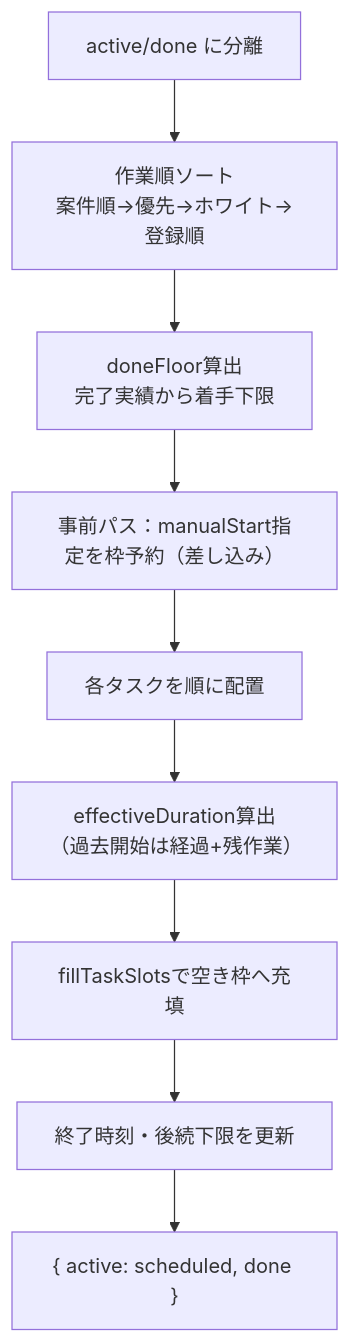
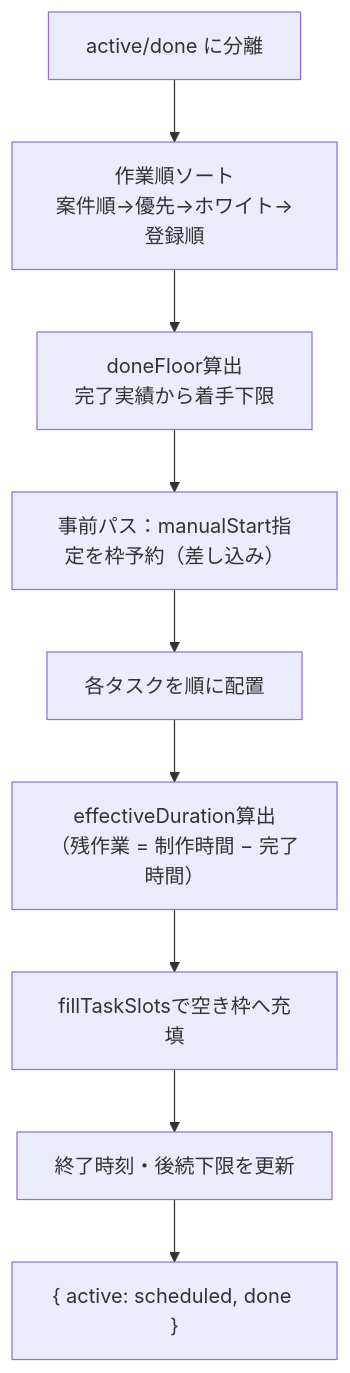
The first of 4 diagrams in docs/04_詳細設計書.md (NAKAMUAR/koutei-zu), drawn with Mermaid before and after one commit. The commit also changed other lines of this file and 1 other file, not shown here.

````diff
--- a/docs/04_詳細設計書.md
+++ b/docs/04_詳細設計書.md
@@ -90,11 +90,11 @@
 ```mermaid
 flowchart TD
     A["active/done に分離"] --> B["作業順ソート<br/>案件順→優先→ホワイト→登録順"]
     B --> C["doneFloor算出<br/>完了実績から着手下限"]
     C --> D["事前パス：manualStart指定を枠予約（差し込み）"]
     D --> E["各タスクを順に配置"]
-    E --> F["effectiveDuration算出<br/>（過去開始は経過+残作業）"]
+    E --> F["effectiveDuration算出<br/>（残作業 = 制作時間 − 完了時間）"]
     F --> G["fillTaskSlotsで空き枠へ充填"]
     G --> H["終了時刻・後続下限を更新"]
     H --> I["{ active: scheduled, done }"]
 ```
````
